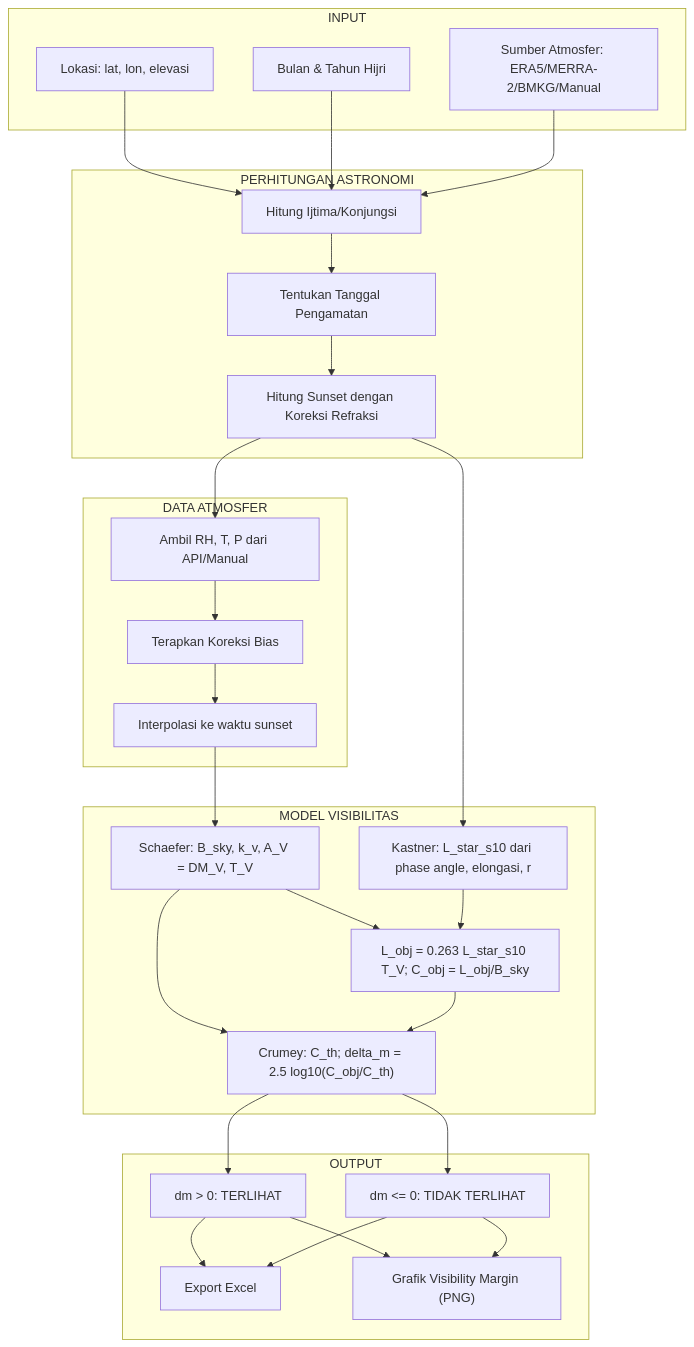
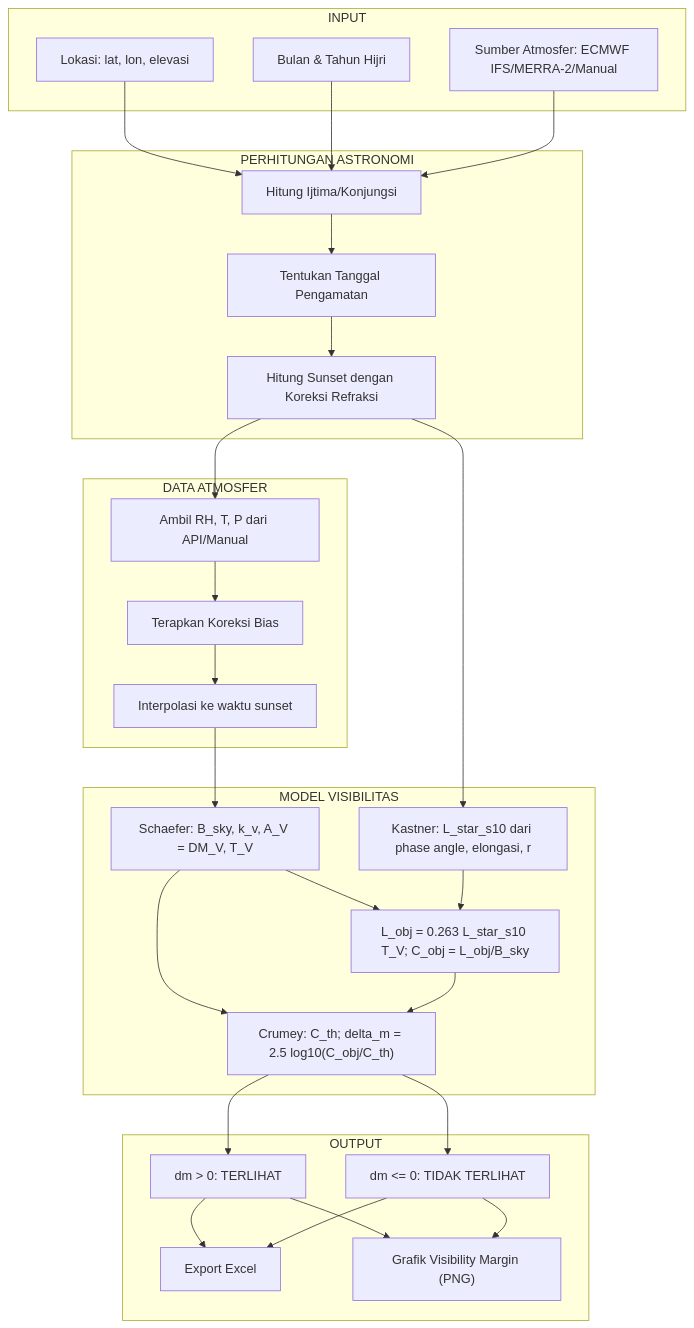
Before and after one commit to addinsaputra/Theoretical_Model_for_Hilal_Visibility: the diagram in README.md, drawn with Mermaid. The commit also changed other lines of this file and 9 other files, not shown here.

Commit message:
Validate ECMWF IFS data and export atmospheric provenance

````diff
--- a/README.md
+++ b/README.md
@@ -150,42 +149,42 @@
 ```mermaid
 flowchart TB
     subgraph INPUT["INPUT"]
         A1[Lokasi: lat, lon, elevasi]
         A2[Bulan & Tahun Hijri]
-        A3[Sumber Atmosfer: ERA5/MERRA-2/BMKG/Manual]
+        A3[Sumber Atmosfer: ECMWF IFS/MERRA-2/Manual]
     end
 
     subgraph HISAB["PERHITUNGAN ASTRONOMI"]
         B1[Hitung Ijtima/Konjungsi]
         B2[Tentukan Tanggal Pengamatan]
         B3[Hitung Sunset dengan Koreksi Refraksi]
     end
 
     subgraph ATMOSFER["DATA ATMOSFER"]
         C1[Ambil RH, T, P dari API/Manual]
         C2[Terapkan Koreksi Bias]
         C3[Interpolasi ke waktu sunset]
     end
 
     subgraph MODEL["MODEL VISIBILITAS"]
         D1["Schaefer: B_sky, k_v, A_V = DM_V, T_V"]
         D2["Kastner: L_star_s10 dari phase angle, elongasi, r"]
         D3["L_obj = 0.263 L_star_s10 T_V; C_obj = L_obj/B_sky"]
         D4["Crumey: C_th; delta_m = 2.5 log10(C_obj/C_th)"]
     end
 
     subgraph OUTPUT["OUTPUT"]
         E1["dm > 0: TERLIHAT"]
         E2["dm <= 0: TIDAK TERLIHAT"]
         E3[Export Excel]
         E4["Grafik Visibility Margin (PNG)"]
     end
 
     A1 & A2 & A3 --> B1 --> B2 --> B3
     B3 --> C1 --> C2 --> C3
     C3 --> D1
     B3 --> D2
     D1 & D2 --> D3
     D1 --> D4
     D3 --> D4 --> E1 & E2 --> E3 & E4
 ```
````
